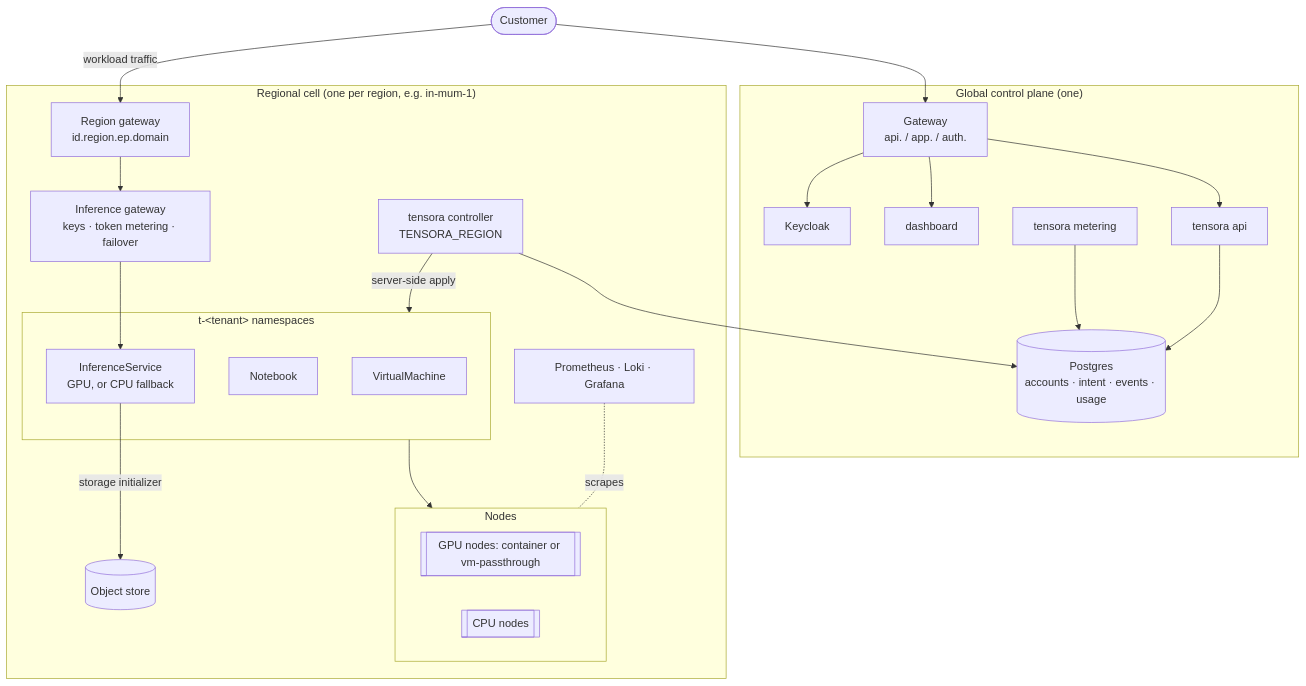
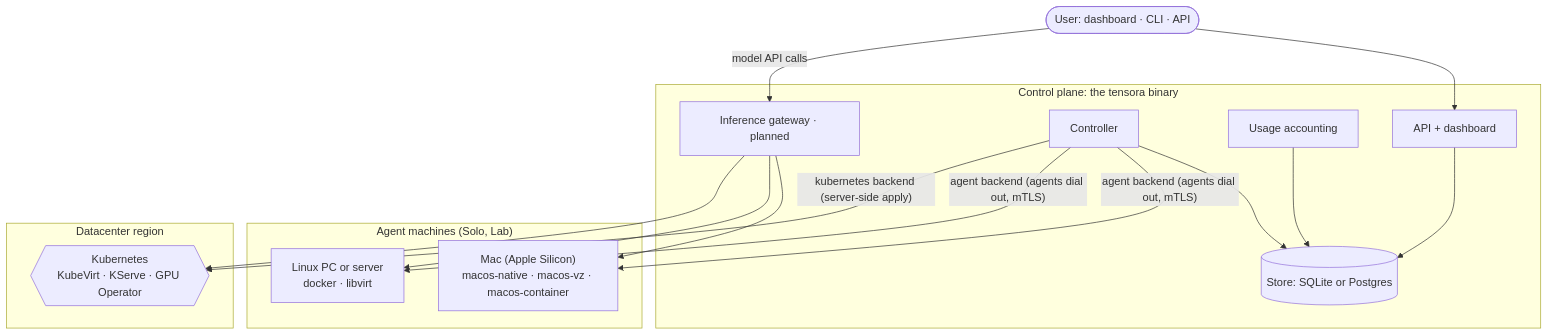
One commit to krishnanand20/Tensora changed the second of 5 diagrams in docs/architecture/overview.md. Above: the diagram before and after it, drawn with Mermaid. The commit also changed other lines of this file and 95 other files, not shown here.

````diff
--- a/docs/architecture/overview.md
+++ b/docs/architecture/overview.md
@@ -47,37 +71,26 @@
 ```mermaid
 flowchart TB
-  cust([Customer])
-  subgraph Global["Global control plane (one)"]
-    ggw[Gateway<br/>api. / app. / auth.]
-    api[tensora api]
-    web[dashboard]
-    meter[tensora metering]
-    kc[Keycloak]
-    pg[(Postgres<br/>accounts · intent · events · usage)]
+  user([User: dashboard · CLI · API])
+  subgraph CP["Control plane: the tensora binary"]
+    api[API + dashboard]
+    ctrl[Controller]
+    acct[Usage accounting]
+    store[(Store: SQLite or Postgres)]
+    gw[Inference gateway · planned]
   end
-  subgraph Cell["Regional cell (one per region, e.g. in-mum-1)"]
-    rgw[Region gateway<br/>id.region.ep.domain]
-    igw[Inference gateway<br/>keys · token metering · failover]
-    ctrl[tensora controller<br/>TENSORA_REGION]
-    s3[(Object store)]
-    obs[Prometheus · Loki · Grafana]
-    subgraph Tenant["t-&lt;tenant&gt; namespaces"]
-      vm[VirtualMachine]
-      nb[Notebook]
-      ep[InferenceService<br/>GPU, or CPU fallback]
-    end
-    subgraph Nodes[Nodes]
-      gpus[[GPU nodes: container or vm-passthrough]]
-      cpus[[CPU nodes]]
-    end
+  subgraph Agents["Agent machines (Solo, Lab)"]
+    mac["Mac (Apple Silicon)<br/>macos-native · macos-vz · macos-container"]
+    lin["Linux PC or server<br/>docker · libvirt"]
   end
-  cust --> ggw --> api & web & kc
-  cust -- workload traffic --> rgw --> igw --> ep
-  api --> pg
-  meter --> pg
-  ctrl --> pg
-  ctrl -- server-side apply --> Tenant
-  ep -- storage initializer --> s3
-  Tenant --> Nodes
-  obs -. scrapes .- Nodes
+  subgraph DC["Datacenter region"]
+    k8s{{"Kubernetes<br/>KubeVirt · KServe · GPU Operator"}}
+  end
+  user --> api
+  user -- model API calls --> gw
+  api --> store
+  ctrl --> store
+  acct --> store
+  ctrl -- "agent backend (agents dial out, mTLS)" --> mac & lin
+  ctrl -- "kubernetes backend (server-side apply)" --> k8s
+  gw --> mac & lin & k8s
 ```
````
